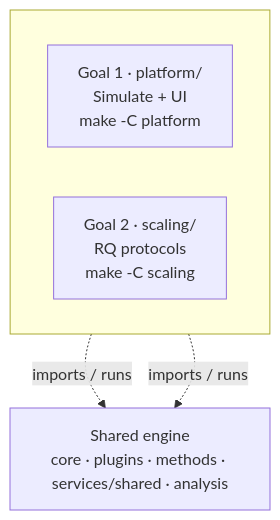
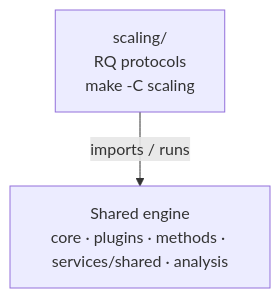
Before and after one commit to lykimq/HerdSim: the second of 2 diagrams in docs/architecture.md, drawn with Mermaid. The commit also changed other lines of this file and 139 other files, not shown here.

````diff
--- a/docs/architecture.md
+++ b/docs/architecture.md
@@ -91,13 +83,6 @@
 ```mermaid
 flowchart TB
-  subgraph goals [ ]
-    direction LR
-    plat["Goal 1 · platform/<br/>Simulate + UI<br/>make -C platform"]
-    scale["Goal 2 · scaling/<br/>RQ protocols<br/>make -C scaling"]
-  end
-
+  scale["scaling/<br/>RQ protocols<br/>make -C scaling"]
   engine["Shared engine<br/>core · plugins · methods · services/shared · analysis"]
-
-  plat -.->|imports / runs| engine
-  scale -.->|imports / runs| engine
+  scale -->|imports / runs| engine
 ```
````
